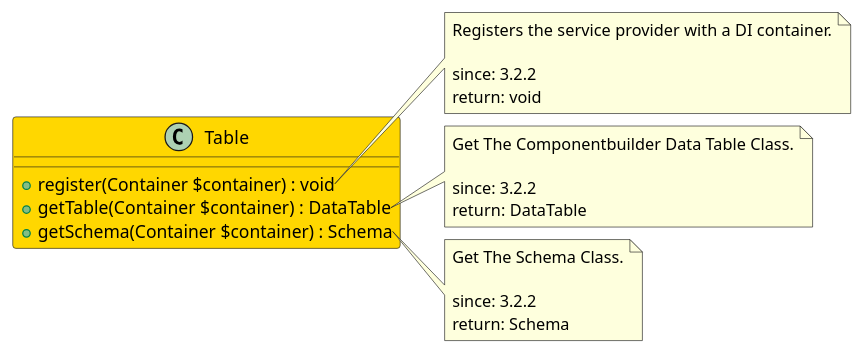
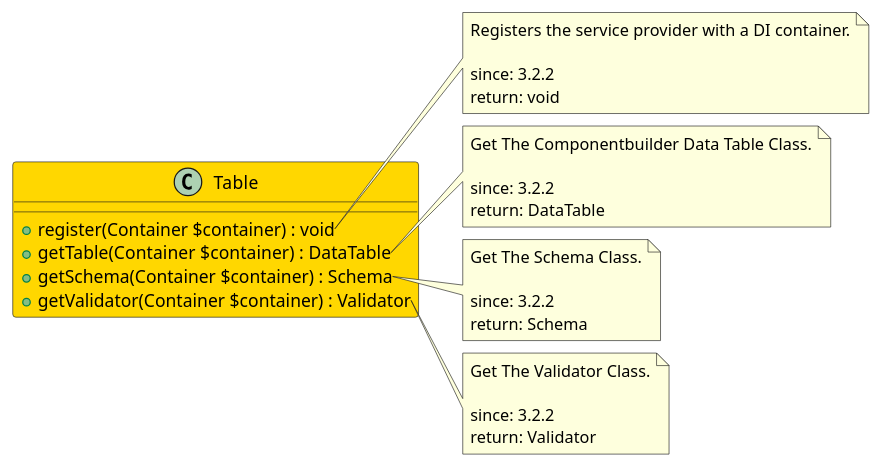
One commit to joomengine/super-powers changed the diagram in src/19b2ba92-1655-4384-acfb-979c80de8b6d/README.md. Above: the diagram before and after it, drawn with PlantUML. The commit also changed 8 other files, not shown here.

````diff
--- a/src/19b2ba92-1655-4384-acfb-979c80de8b6d/README.md
+++ b/src/19b2ba92-1655-4384-acfb-979c80de8b6d/README.md
@@ -12,31 +12,39 @@
 ```uml
 @startuml
 class Table  #Gold {
   + register(Container $container) : void
   + getTable(Container $container) : DataTable
   + getSchema(Container $container) : Schema
+  + getValidator(Container $container) : Validator
 }
 
 note right of Table::register
   Registers the service provider with a DI container.
 
   since: 3.2.2
   return: void
 end note
 
 note right of Table::getTable
   Get The Componentbuilder Data Table Class.
 
   since: 3.2.2
   return: DataTable
 end note
 
 note right of Table::getSchema
   Get The Schema Class.
 
   since: 3.2.2
   return: Schema
 end note
+
+note right of Table::getValidator
+  Get The Validator Class.
+
+  since: 3.2.2
+  return: Validator
+end note
  
 @enduml
 ```
````
